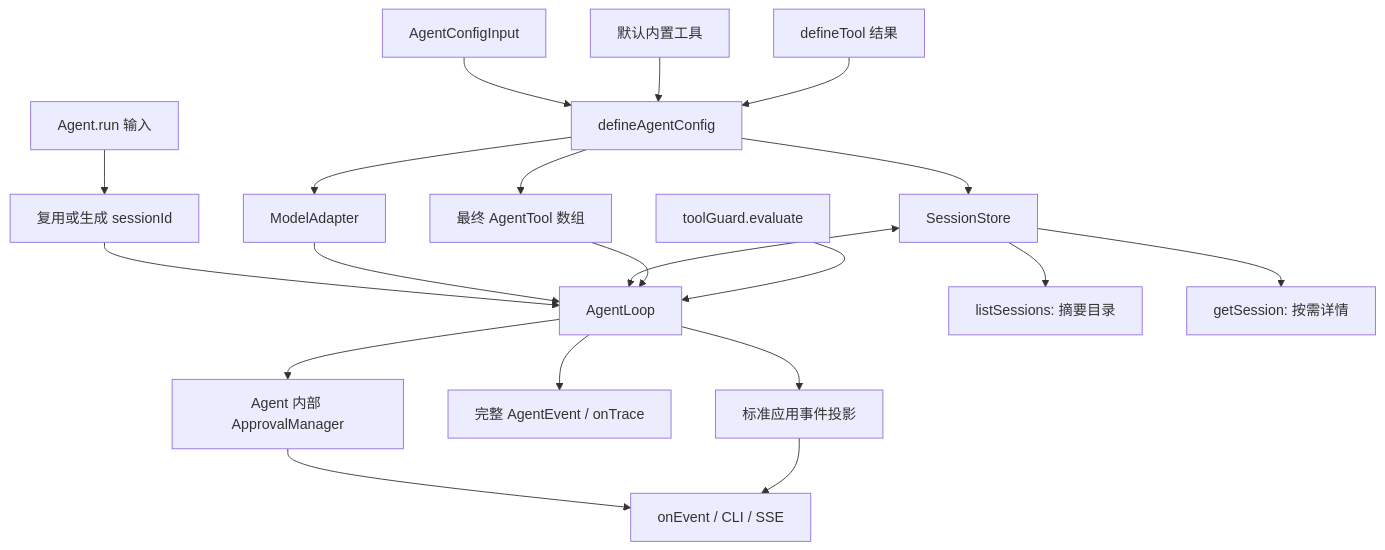
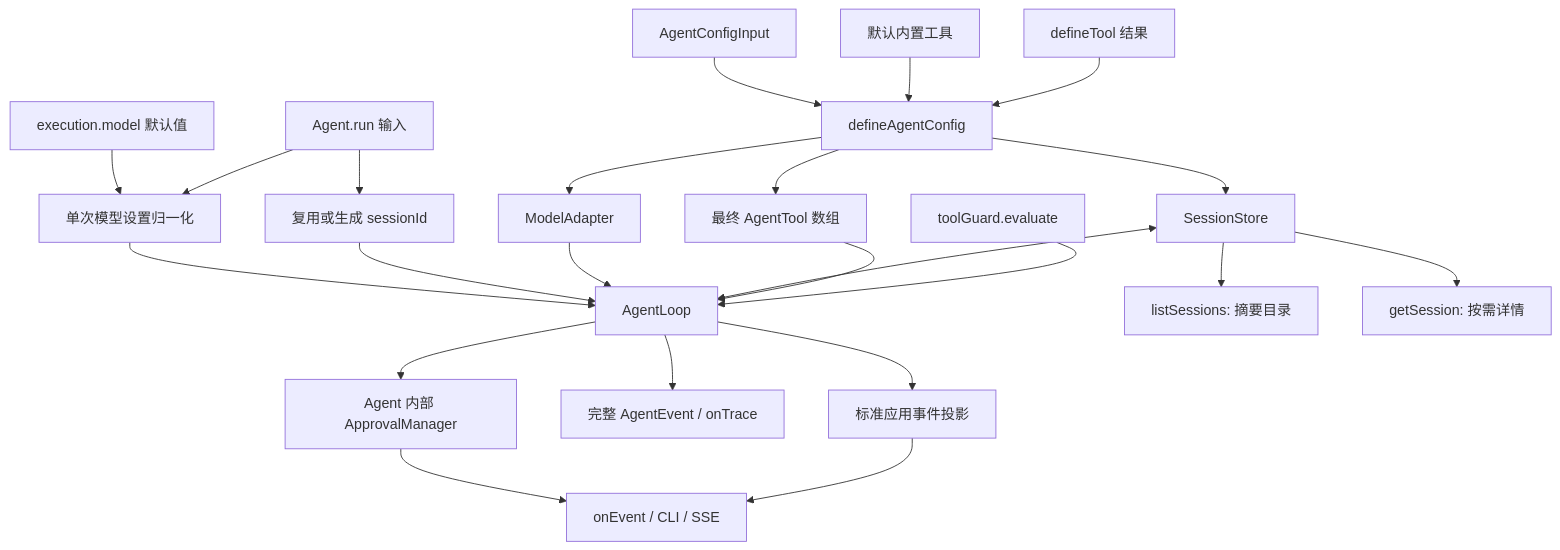
One commit to AlbertE1990/crafteHarness changed the first of 2 diagrams in docs/learning/craft-agent-facade.md. Above: the diagram before and after it, drawn with Mermaid. The commit also changed other lines of this file and 37 other files, not shown here.

Commit message:
feat: support per-run model execution modes

````diff
--- a/docs/learning/craft-agent-facade.md
+++ b/docs/learning/craft-agent-facade.md
@@ -86,22 +91,25 @@
 ```mermaid
 flowchart TD
   Config[AgentConfigInput] --> Normalize[defineAgentConfig]
   Normalize --> Adapter[ModelAdapter]
   Normalize --> Store[SessionStore]
   Builtins[默认内置工具] --> Normalize
   Normalize --> Tools[最终 AgentTool 数组]
   Request[Agent.run 输入] --> SessionId[复用或生成 sessionId]
+  Defaults[execution.model 默认值] --> Resolve[单次模型设置归一化]
+  Request --> Resolve
+  Resolve --> Loop
   SessionId --> Loop[AgentLoop]
   Adapter --> Loop
   Store <--> Loop
   RawTools[defineTool 结果] --> Normalize
   Tools --> Loop
   Guard[toolGuard.evaluate] --> Loop
   Loop --> Approval[Agent 内部 ApprovalManager]
   Approval --> Output
   Loop --> Trace[完整 AgentEvent / onTrace]
   Loop --> Project[标准应用事件投影]
   Project --> Output[onEvent / CLI / SSE]
   Store --> Catalog[listSessions: 摘要目录]
   Store --> Detail[getSession: 按需详情]
 ```
````
